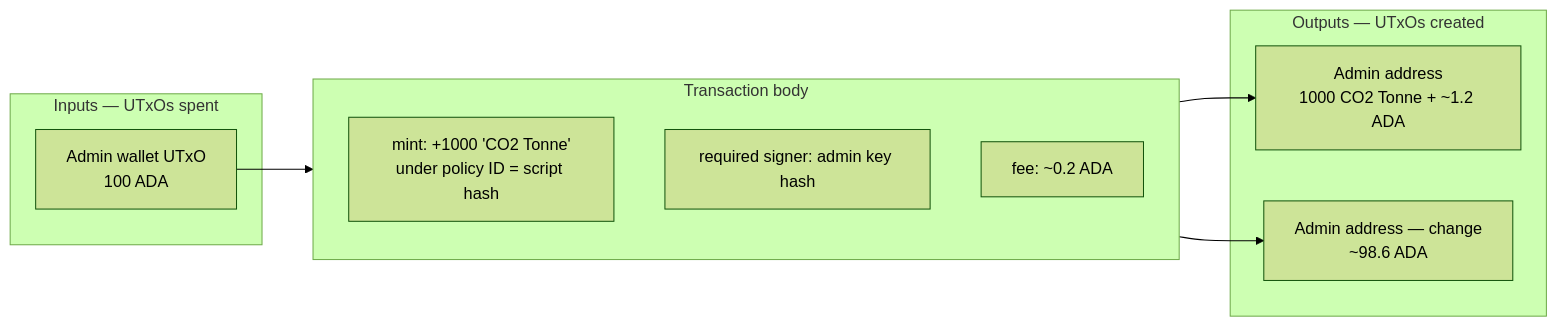
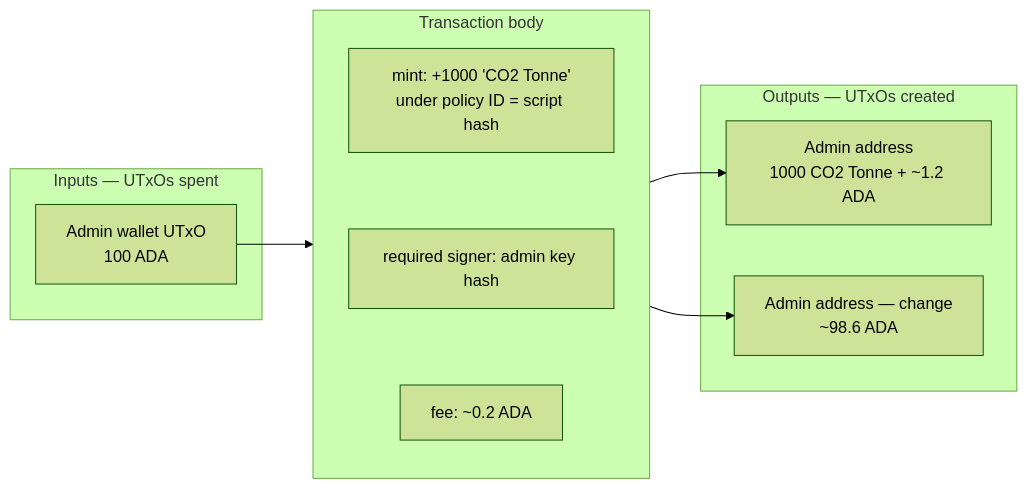
The third of 5 diagrams in docs/how-it-works.md (scalus3/scalus-starter), drawn with Mermaid (forest theme) before and after one commit. The commit also changed other lines of this file, not shown here.

First line of the commit message:
docs: stack transaction fields vertically in mermaid diagrams

````diff
--- a/docs/how-it-works.md
+++ b/docs/how-it-works.md
@@ -181,18 +186,20 @@
 ```mermaid
 flowchart LR
     subgraph in["Inputs — UTxOs spent"]
         utxo1["Admin wallet UTxO<br/>100 ADA"]
     end
     subgraph txm["Transaction body"]
+        direction TB
         mint["mint: +1000 'CO2 Tonne'<br/>under policy ID = script hash"]
         signer["required signer: admin key hash"]
         feex["fee: ~0.2 ADA"]
+        mint ~~~ signer ~~~ feex
     end
     subgraph out["Outputs — UTxOs created"]
         out1["Admin address<br/>1000 CO2 Tonne + ~1.2 ADA"]
         out2["Admin address — change<br/>~98.6 ADA"]
     end
     utxo1 --> txm
     txm --> out1
     txm --> out2
 ```
````
